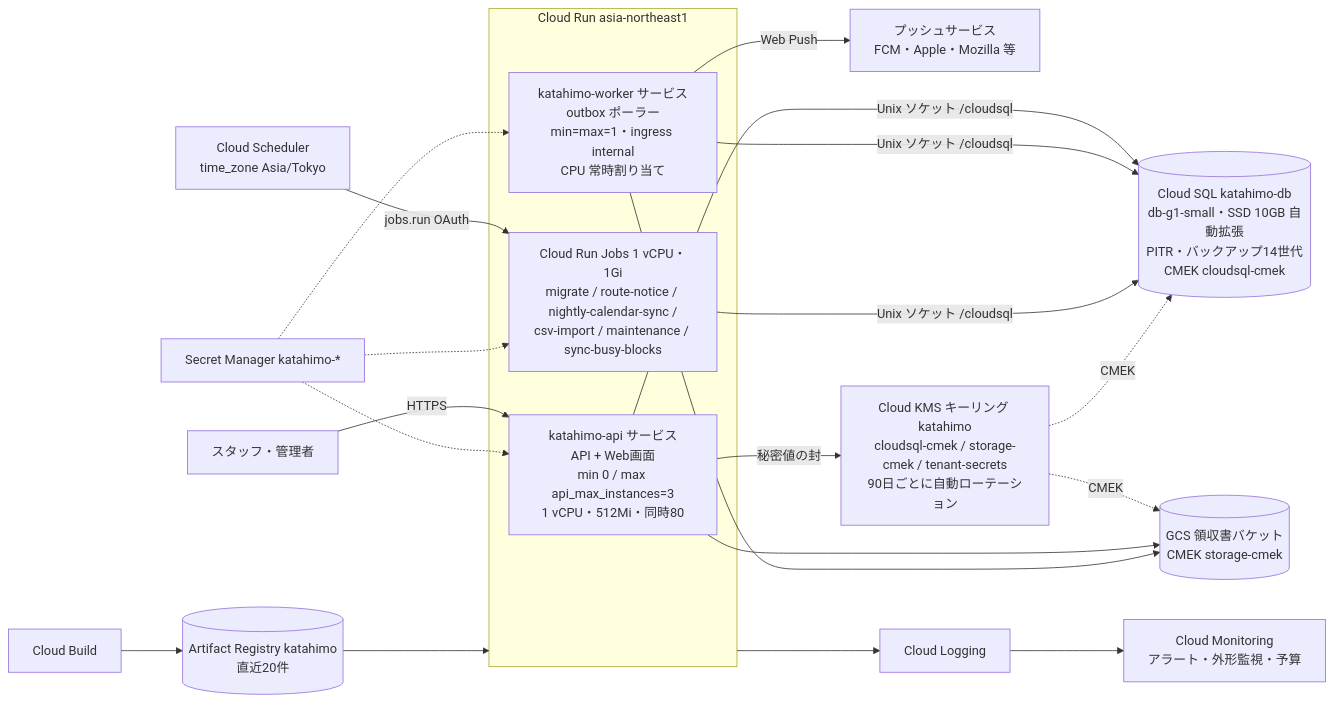
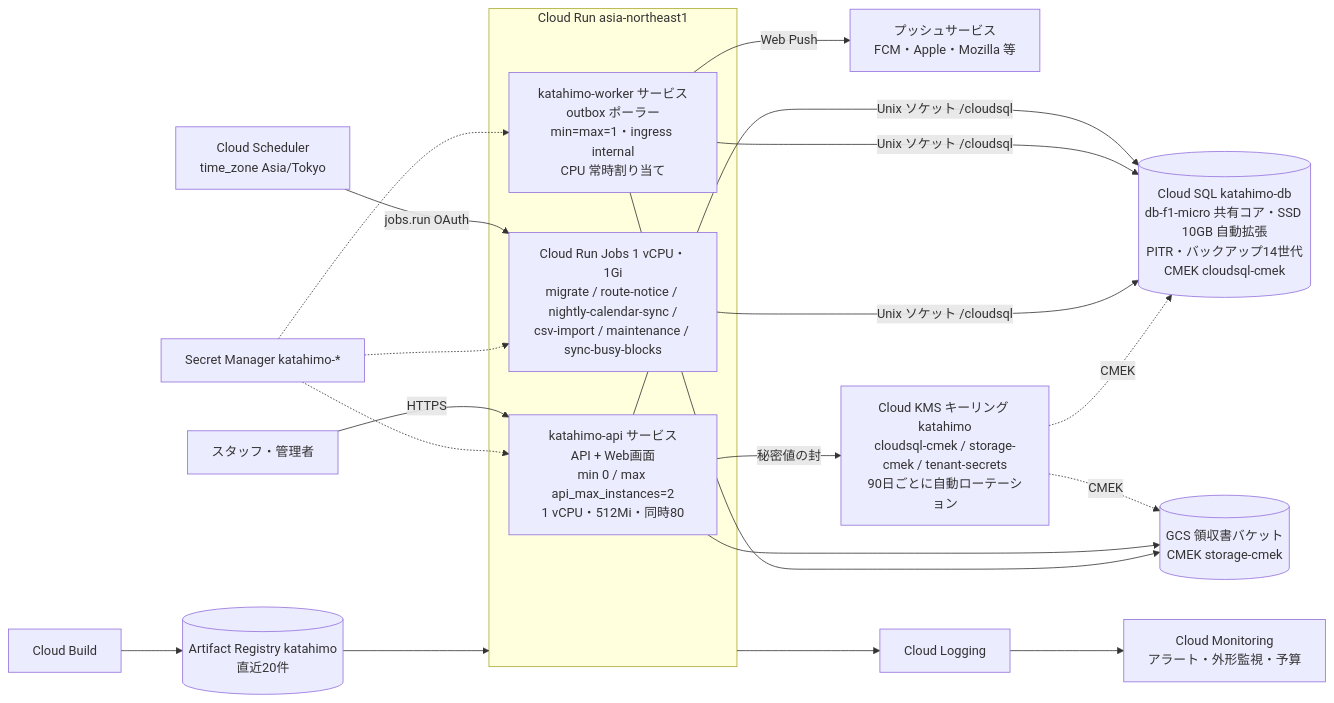
Before and after one commit to katahimo-dev/katahimo-app: the diagram in doc/07_インフラ・運用.md, drawn with Mermaid. The commit also changed other lines of this file and 9 other files, not shown here.

First line of the commit message:
Cloud SQL の既定を db-f1-micro にし、接続数の配分・費用の目安・お客様向け資料を合わせる

````diff
--- a/doc/07_インフラ・運用.md
+++ b/doc/07_インフラ・運用.md
@@ -23,20 +23,20 @@
 ```mermaid
 flowchart LR
   user[スタッフ・管理者] -->|HTTPS| api
   subgraph run[Cloud Run asia-northeast1]
-    api[katahimo-api サービス<br/>API + Web画面<br/>min 0 / max api_max_instances=3<br/>1 vCPU・512Mi・同時80]
+    api[katahimo-api サービス<br/>API + Web画面<br/>min 0 / max api_max_instances=2<br/>1 vCPU・512Mi・同時80]
     worker[katahimo-worker サービス<br/>outbox ポーラー<br/>min=max=1・ingress internal<br/>CPU 常時割り当て]
     jobs[Cloud Run Jobs 1 vCPU・1Gi<br/>migrate / route-notice / nightly-calendar-sync /<br/>csv-import / maintenance / sync-busy-blocks]
   end
   worker -->|Web Push| pushsvc[プッシュサービス<br/>FCM・Apple・Mozilla 等]
   sched[Cloud Scheduler<br/>time_zone Asia/Tokyo] -->|jobs.run OAuth| jobs
-  api & worker & jobs -->|Unix ソケット /cloudsql| sql[(Cloud SQL katahimo-db<br/>db-g1-small・SSD 10GB 自動拡張<br/>PITR・バックアップ14世代<br/>CMEK cloudsql-cmek)]
+  api & worker & jobs -->|Unix ソケット /cloudsql| sql[(Cloud SQL katahimo-db<br/>db-f1-micro 共有コア・SSD 10GB 自動拡張<br/>PITR・バックアップ14世代<br/>CMEK cloudsql-cmek)]
   kms[Cloud KMS キーリング katahimo<br/>cloudsql-cmek / storage-cmek / tenant-secrets<br/>90日ごとに自動ローテーション]
   kms -.->|CMEK| sql & gcs
   api -->|秘密値の封| kms
   sm[Secret Manager katahimo-*] -.-> api & worker & jobs
   api --> gcs[(GCS 領収書バケット<br/>CMEK storage-cmek)]
   worker --> gcs
   cb[Cloud Build] --> ar[(Artifact Registry katahimo<br/>直近20件)] --> run
   run --> logging[Cloud Logging] --> mon[Cloud Monitoring<br/>アラート・外形監視・予算]
 ```
````
